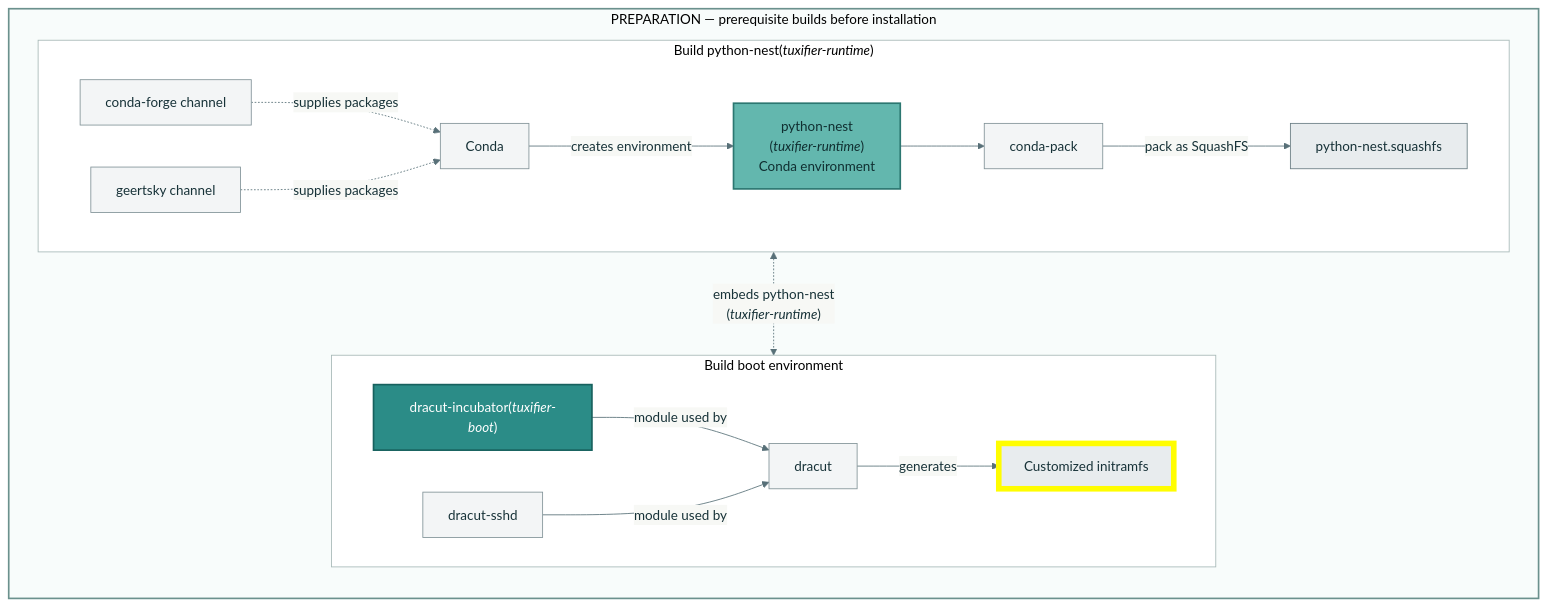
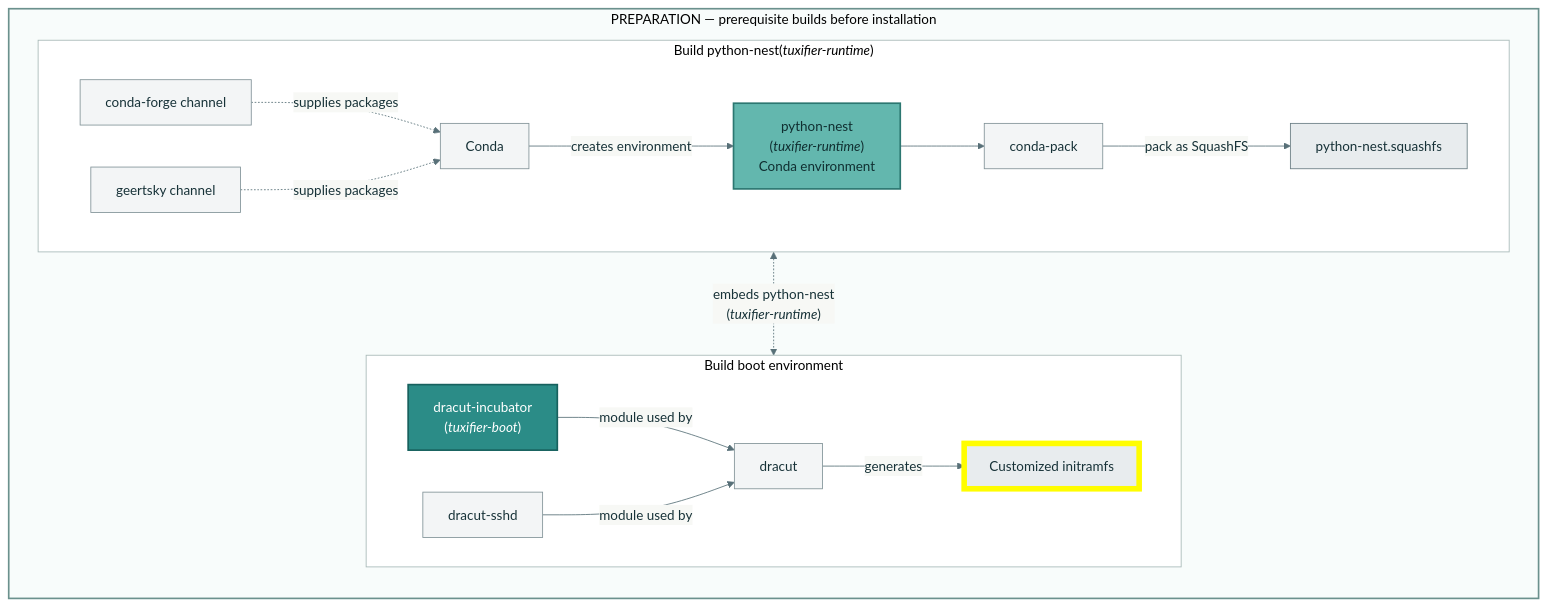
The first of 2 diagrams in docs/architecture.md (Geertsky/tuxifier-playbook), drawn with Mermaid before and after one commit. The commit also changed other lines of this file, not shown here.

Commit message:
Fix formatting and naming consistency in architecture.md

````diff
--- a/docs/architecture.md
+++ b/docs/architecture.md
@@ -47,69 +47,69 @@
 ```mermaid
 ---
 title:
 config:
   look: classic
   theme: base
   themeVariables:
     background: "#ffffff"
     primaryColor: "#f5f7f8"
     primaryTextColor: "#173238"
     primaryBorderColor: "#71878c"
     lineColor: "#587078"
 ---
 flowchart TB
   %% ==================== PREPARATION ====================
   subgraph PREP["PREPARATION — prerequisite builds before installation"]
     direction TB
 
     subgraph PYBUILD["Build python-nest(<i>tuxifier-runtime</i>)"]
       direction LR
       CF["conda-forge channel"]:::support
       GC["geertsky channel"]:::support
       CONDA["Conda"]:::support
       TPBUILD["python-nest<br/>(<i>tuxifier-runtime</i>)<br/>Conda environment"]:::tuxpy
       PACK["conda-pack"]:::support
       SQ["python-nest.squashfs"]:::artifact
 
       CF -.->|"supplies packages"| CONDA
       GC -.->|"supplies packages"| CONDA
       CONDA -->|"creates environment"| TPBUILD
       TPBUILD --> PACK
       PACK -->|"pack as SquashFS"| SQ
     end
 
     subgraph BOOTBUILD["Build boot environment"]
       direction LR
-      DTBUILD["dracut-incubator(<i>tuxifier-boot</i>)"]:::dracutTux
+      DTBUILD["dracut-incubator<br/>(<i>tuxifier-boot</i>)"]:::dracutTux
       SSHDBUILD["dracut-sshd"]:::support
       DRACUT["dracut"]:::support
       INIT["Customized initramfs"]:::custinitramfs
 
       DTBUILD -->|"module used by"| DRACUT
       SSHDBUILD -->|"module used by"| DRACUT
       DRACUT -->|"generates"| INIT
     end
 
     SQ <-.->|"embeds python-nest<br/>(<i>tuxifier-runtime</i>)"| DTBUILD
 
   end
 
   %% ==================== LINKS ====================
   click DTBUILD "https://github.com/Geertsky/dracut-incubator/blob/HEAD/94tuxifier/module-setup.sh" "dracut-incubator build integration" _blank
   click TPBUILD "https://github.com/Geertsky/python-nest/blob/HEAD/README.md" "python-nest build and runtime documentation" _blank
 
   %% ==================== STYLING ====================
   classDef tuxifier fill:#0F6F73,stroke:#084B4E,color:#FFFFFF,stroke-width:2px
   classDef dracutTux fill:#2B8C87,stroke:#17615E,color:#FFFFFF,stroke-width:2px
   classDef tuxpy fill:#63B7AE,stroke:#2C7771,color:#102F31,stroke-width:2px
   classDef support fill:#F3F5F6,stroke:#819297,color:#173238
   classDef artifact fill:#E8ECEE,stroke:#687C82,color:#173238
   classDef note fill:#FFFFFF,stroke:#87999E,color:#173238,stroke-dasharray:4 3
   classDef prepKey fill:#EEF5F4,stroke:#6B918D,color:#173238
   classDef installKey fill:#F4F5F6,stroke:#7A858A,color:#173238
   classDef custinitramfs fill:#E8ECEE,stroke:#FFFD00,stroke-width:5pt
 
   style PREP fill:#F8FCFB,stroke:#6B918D,stroke-width:2px
   style PYBUILD fill:#FFFFFF,stroke:#A6B8B6
   style BOOTBUILD fill:#FFFFFF,stroke:#A6B8B6
 ```
````
